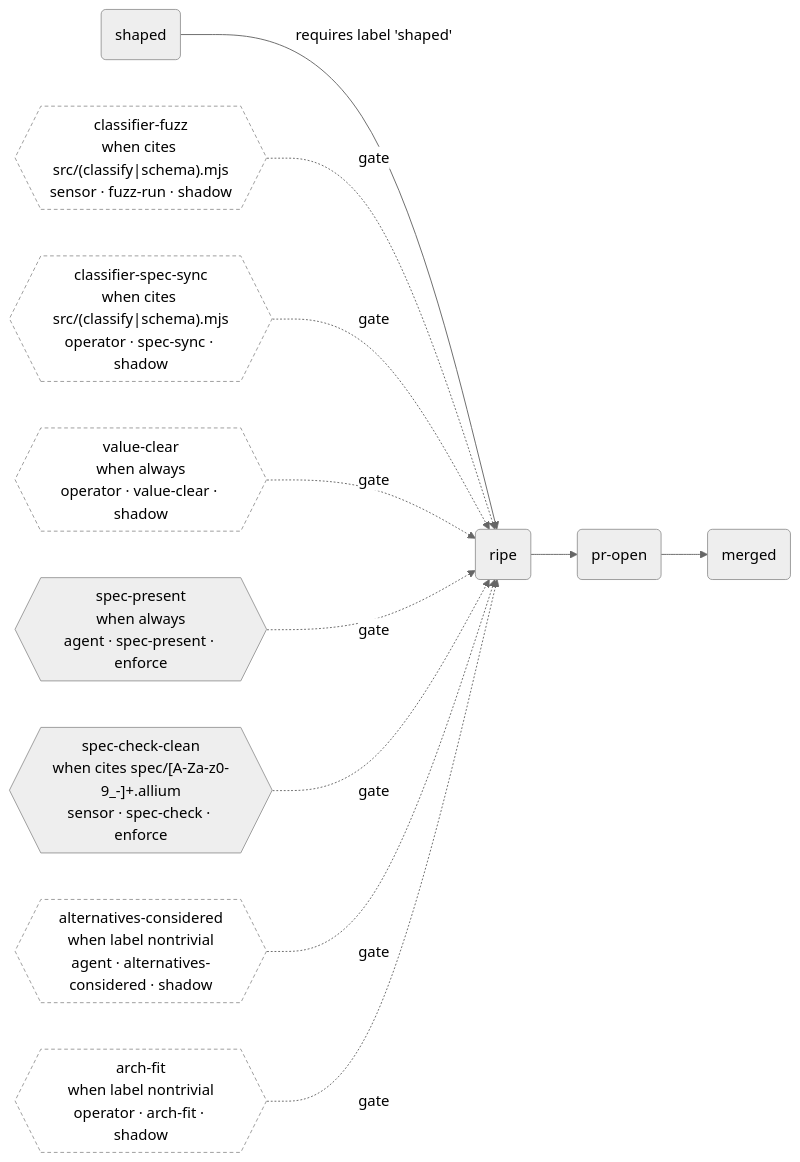
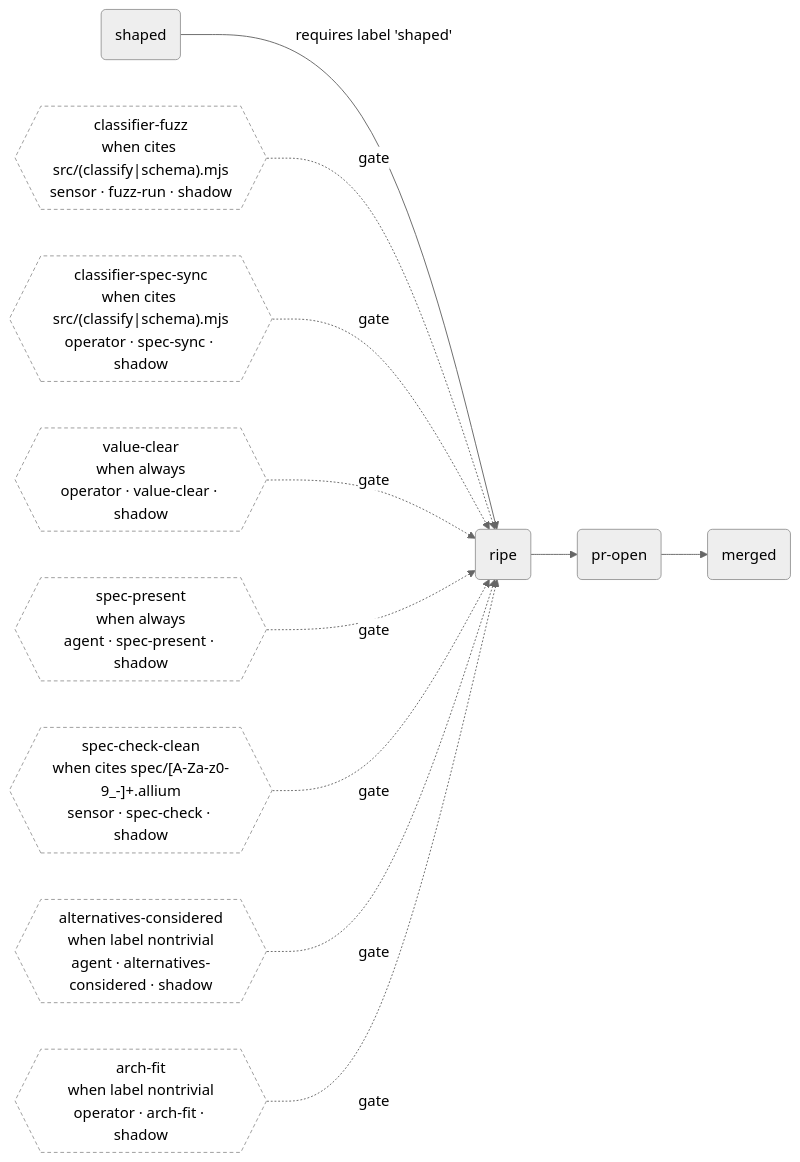
The first of 2 diagrams in README.md (jimdowning/tiller), drawn with Mermaid (neutral theme) before and after one commit. The commit also changed 2 other files, not shown here.

````diff
--- a/README.md
+++ b/README.md
@@ -113,33 +113,33 @@
 ```mermaid
 graph LR
   classDef gate fill:#fff,stroke:#999,stroke-dasharray:4 3;
   classDef enforce stroke:#c00,stroke-width:2px;
   s_shaped("shaped")
   s_ripe("ripe")
   s_pr_open("pr-open")
   s_merged("merged")
   s_shaped -->|requires label 'shaped'| s_ripe
   s_ripe --> s_pr_open
   s_pr_open --> s_merged
   g_classifier_fuzz{{"classifier-fuzz<br/>when cites src/(classify|schema).mjs<br/>sensor · fuzz-run · shadow"}}
   g_classifier_fuzz -.gate.-> s_ripe
   class g_classifier_fuzz gate
   g_classifier_spec_sync{{"classifier-spec-sync<br/>when cites src/(classify|schema).mjs<br/>operator · spec-sync · shadow"}}
   g_classifier_spec_sync -.gate.-> s_ripe
   class g_classifier_spec_sync gate
   g_value_clear{{"value-clear<br/>when always<br/>operator · value-clear · shadow"}}
   g_value_clear -.gate.-> s_ripe
   class g_value_clear gate
-  g_spec_present{{"spec-present<br/>when always<br/>agent · spec-present · enforce"}}
+  g_spec_present{{"spec-present<br/>when always<br/>agent · spec-present · shadow"}}
   g_spec_present -.gate.-> s_ripe
-  class g_spec_present gate,enforce
-  g_spec_check_clean{{"spec-check-clean<br/>when cites spec/[A-Za-z0-9_-]+.allium<br/>sensor · spec-check · enforce"}}
+  class g_spec_present gate
+  g_spec_check_clean{{"spec-check-clean<br/>when cites spec/[A-Za-z0-9_-]+.allium<br/>sensor · spec-check · shadow"}}
   g_spec_check_clean -.gate.-> s_ripe
-  class g_spec_check_clean gate,enforce
+  class g_spec_check_clean gate
   g_alternatives_considered{{"alternatives-considered<br/>when label nontrivial<br/>agent · alternatives-considered · shadow"}}
   g_alternatives_considered -.gate.-> s_ripe
   class g_alternatives_considered gate
   g_arch_fit{{"arch-fit<br/>when label nontrivial<br/>operator · arch-fit · shadow"}}
   g_arch_fit -.gate.-> s_ripe
   class g_arch_fit gate
 ```
````
